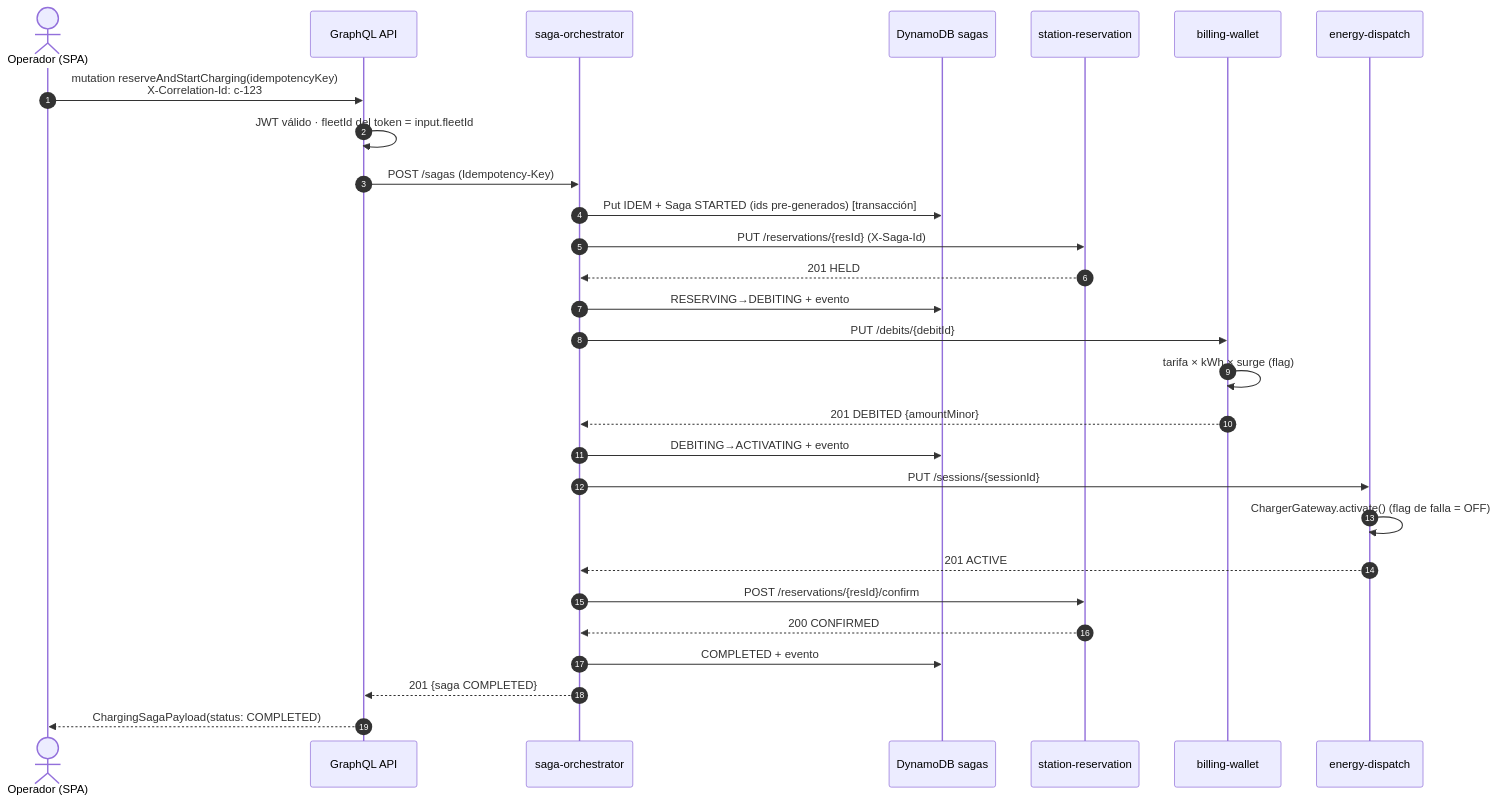
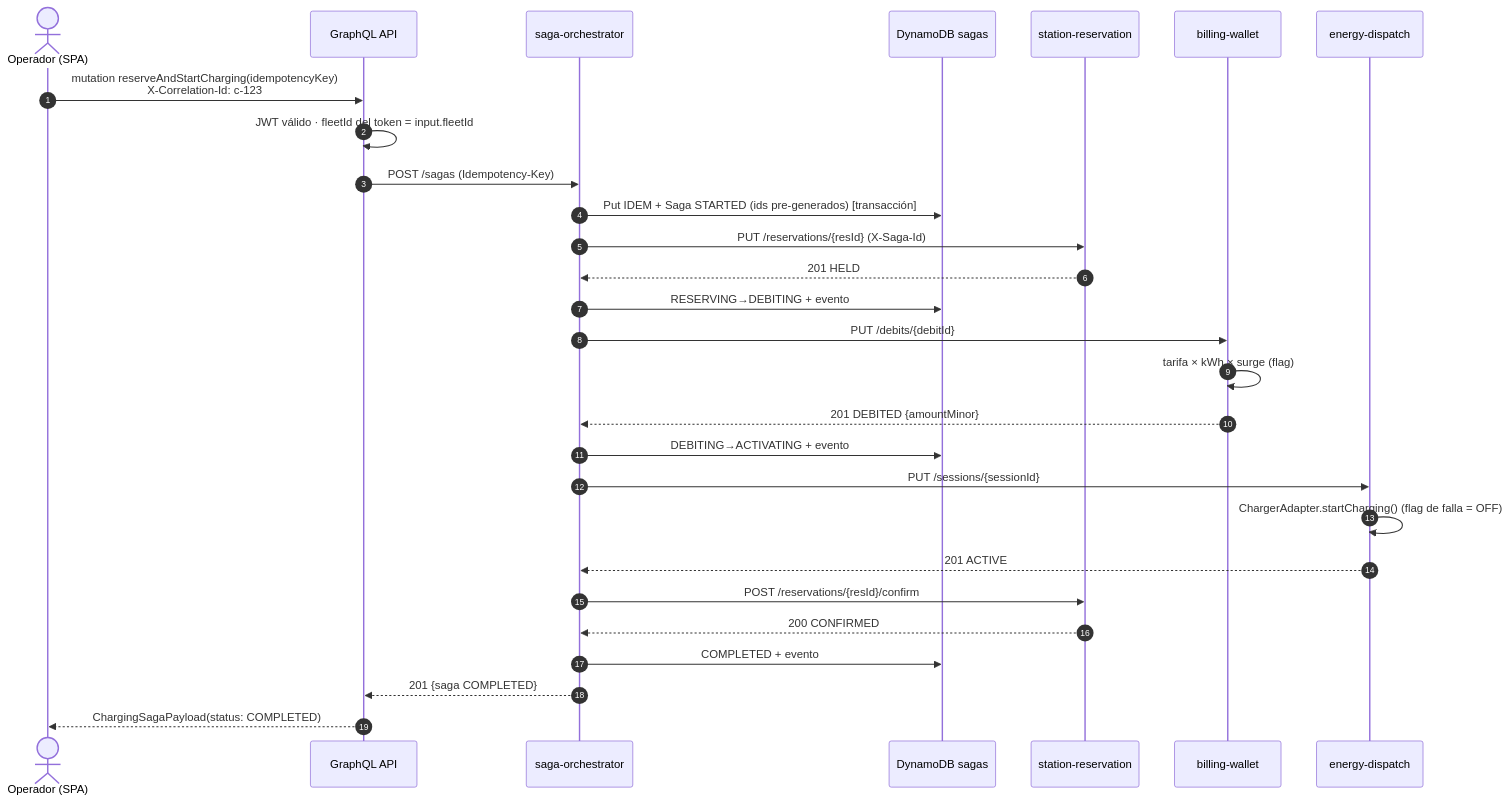
One commit to santiagoSaMi/aegisvolt changed the second of 4 diagrams in docs/architecture/02-saga.md. Above: the diagram before and after it, drawn with Mermaid. The commit also changed other lines of this file and 86 other files, not shown here.

````diff
--- a/docs/architecture/02-saga.md
+++ b/docs/architecture/02-saga.md
@@ -52,31 +52,31 @@
 ```mermaid
 sequenceDiagram
   autonumber
   actor U as Operador (SPA)
   participant G as GraphQL API
   participant O as saga-orchestrator
   participant DS as DynamoDB sagas
   participant R as station-reservation
   participant B as billing-wallet
   participant D as energy-dispatch
 
   U->>G: mutation reserveAndStartCharging(idempotencyKey)<br/>X-Correlation-Id: c-123
   G->>G: JWT válido · fleetId del token = input.fleetId
   G->>O: POST /sagas (Idempotency-Key)
   O->>DS: Put IDEM + Saga STARTED (ids pre-generados) [transacción]
   O->>R: PUT /reservations/{resId} (X-Saga-Id)
   R-->>O: 201 HELD
   O->>DS: RESERVING→DEBITING + evento
   O->>B: PUT /debits/{debitId}
   B->>B: tarifa × kWh × surge (flag)
   B-->>O: 201 DEBITED {amountMinor}
   O->>DS: DEBITING→ACTIVATING + evento
   O->>D: PUT /sessions/{sessionId}
-  D->>D: ChargerGateway.activate() (flag de falla = OFF)
+  D->>D: ChargerAdapter.startCharging() (flag de falla = OFF)
   D-->>O: 201 ACTIVE
   O->>R: POST /reservations/{resId}/confirm
   R-->>O: 200 CONFIRMED
   O->>DS: COMPLETED + evento
   O-->>G: 201 {saga COMPLETED}
   G-->>U: ChargingSagaPayload(status: COMPLETED)
 ```
````
